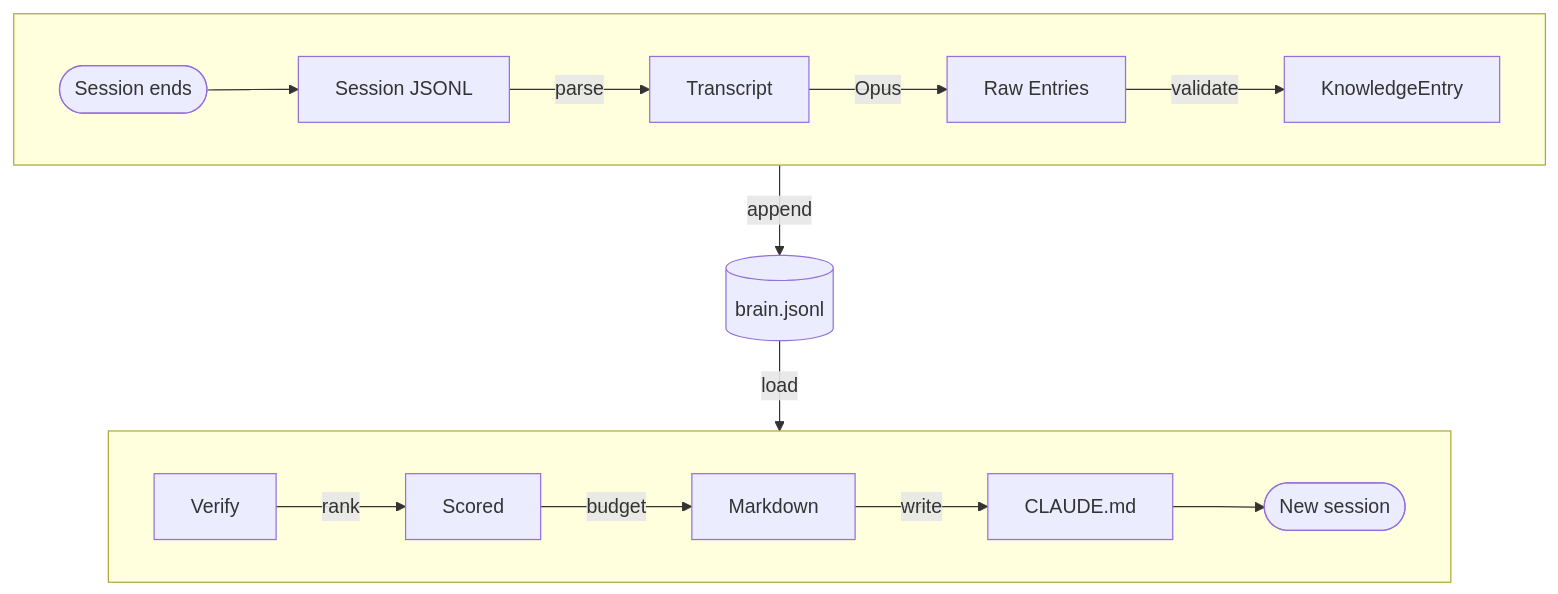
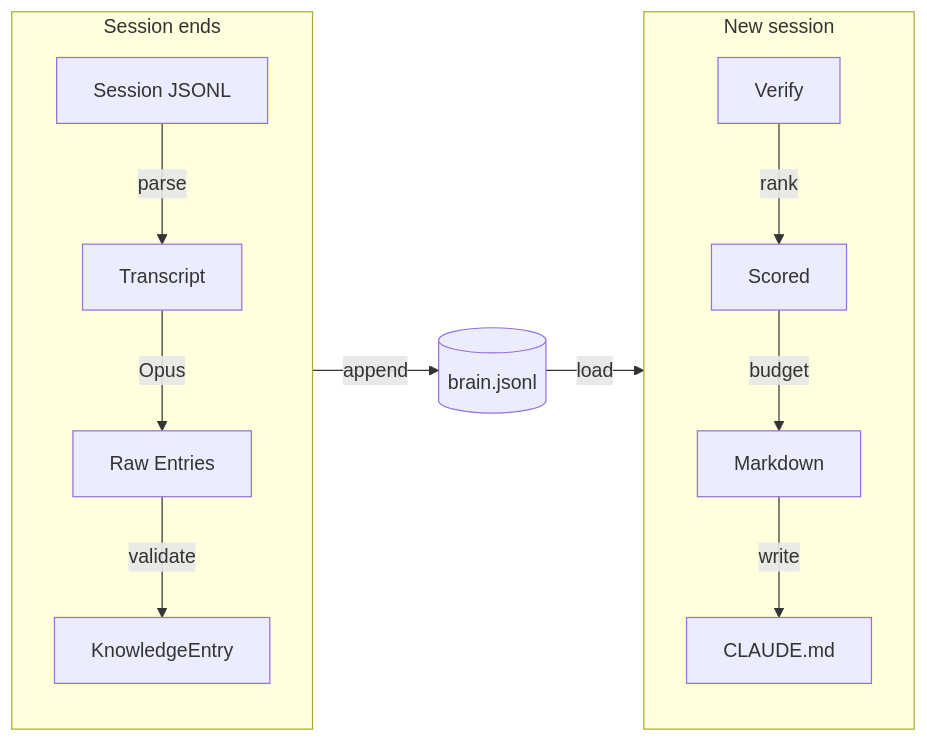
The first of 2 diagrams in README.md (pkmdev-sec/engram), drawn with Mermaid before and after one commit.

Commit message:
docs: side-by-side pipeline — two vertical columns linked by brain.jsonl
Write column (Session ends) and Read column (New session) flow
top-to-bottom, placed side by side with brain.jsonl as the
horizontal bridge between them.

````diff
--- a/README.md
+++ b/README.md
@@ -21,22 +21,20 @@
 ```mermaid
-graph TD
-    subgraph Write[" "]
-        direction LR
-        Z([Session ends]) --> A[Session JSONL]
-        A -->|parse| B[Transcript]
+graph LR
+    subgraph Write["Session ends"]
+        direction TB
+        A[Session JSONL] -->|parse| B[Transcript]
         B -->|Opus| C[Raw Entries]
         C -->|validate| D[KnowledgeEntry]
     end
 
     D -->|append| E[(brain.jsonl)]
 
-    subgraph Read[" "]
-        direction LR
+    subgraph Read["New session"]
+        direction TB
         F[Verify] -->|rank| G[Scored]
         G -->|budget| H[Markdown]
         H -->|write| I[CLAUDE.md]
-        I --> Y([New session])
     end
 
     E -->|load| F
 ```
````
